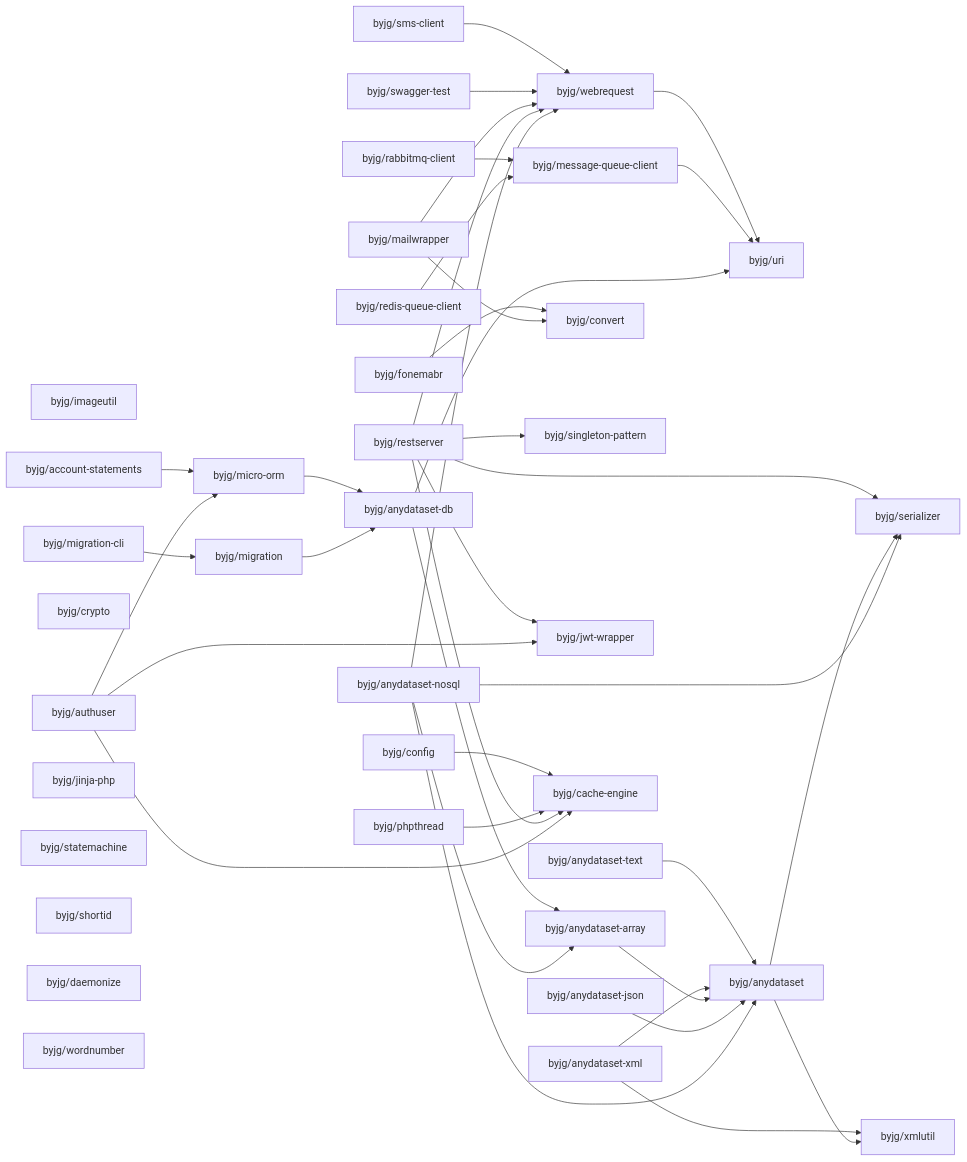
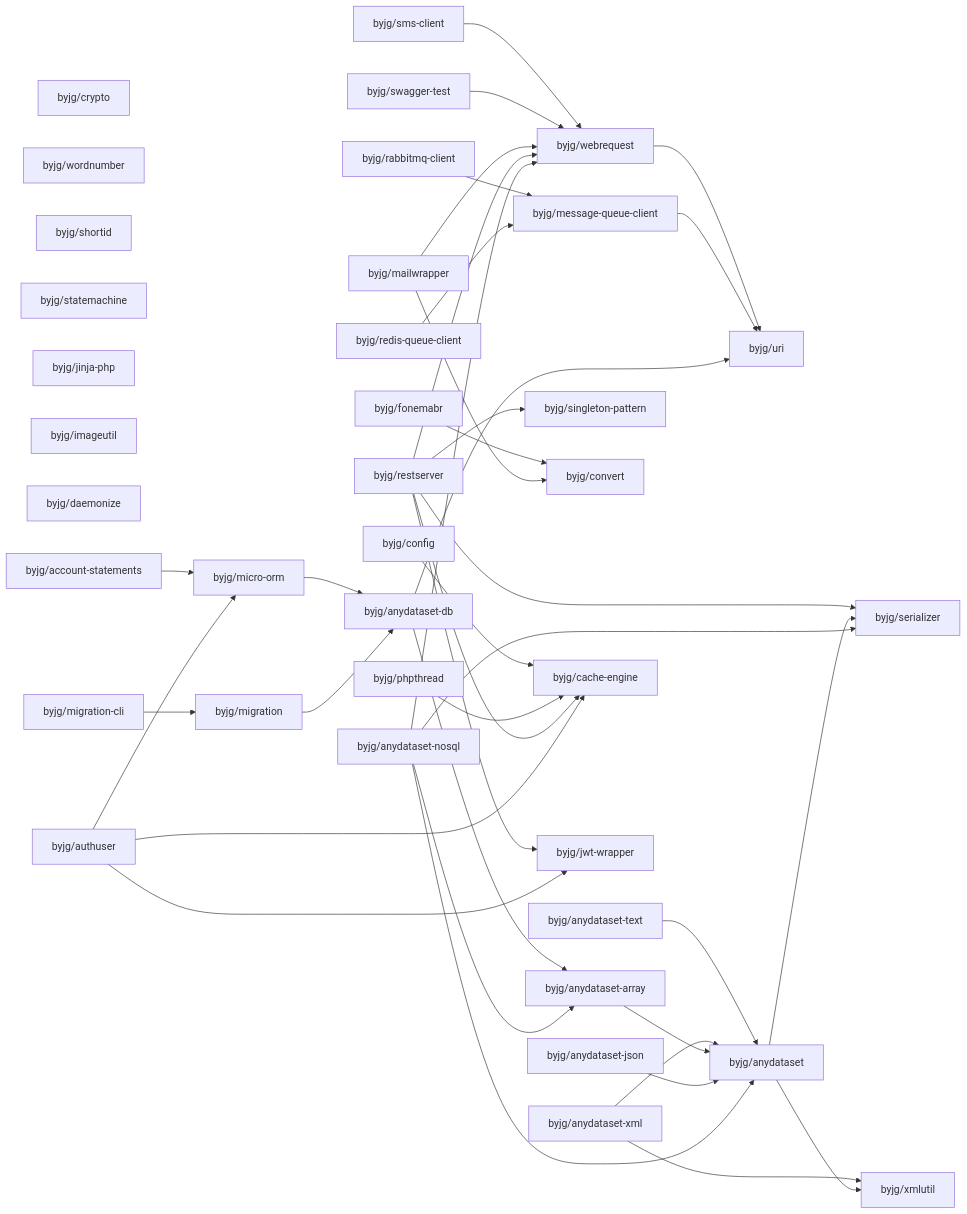
Before and after one commit to byjg/byjg.github.io: the diagram in php/README.md, drawn with Mermaid. The commit also changed other lines of this file and 1 other file, not shown here.

Commit message:
Update documentation 'php' 'php-jinja'

````diff
--- a/php/README.md
+++ b/php/README.md
@@ -3,76 +3,76 @@
 ```mermaid
 graph LR;
+  byjg/restserver;
+  byjg/crypto;
+  byjg/wordnumber;
+  byjg/shortid;
+  byjg/fonemabr;
+  byjg/anydataset-text;
+  byjg/config;
+  byjg/rabbitmq-client;
+  byjg/mailwrapper;
+  byjg/statemachine;
+  byjg/anydataset-json;
+  byjg/phpthread;
+  byjg/anydataset-xml;
+  byjg/anydataset-nosql;
+  byjg/swagger-test;
+  byjg/jinja-php;
   byjg/imageutil;
+  byjg/daemonize;
+  byjg/account-statements;
   byjg/redis-queue-client;
+  byjg/sms-client;
   byjg/migration-cli;
-  byjg/account-statements;
-  byjg/anydataset-nosql;
-  byjg/crypto;
   byjg/authuser;
-  byjg/sms-client;
-  byjg/jinja-php;
-  byjg/phpthread;
-  byjg/statemachine;
-  byjg/shortid;
-  byjg/anydataset-json;
-  byjg/anydataset-text;
-  byjg/mailwrapper;
-  byjg/daemonize;
-  byjg/swagger-test;
-  byjg/wordnumber;
-  byjg/fonemabr;
-  byjg/restserver;
-  byjg/anydataset-xml;
-  byjg/rabbitmq-client;
-  byjg/config;
+  byjg/singleton-pattern;
+  byjg/convert;
+  byjg/message-queue-client;
+  byjg/webrequest;
   byjg/migration;
   byjg/micro-orm;
-  byjg/convert;
-  byjg/singleton-pattern;
-  byjg/webrequest;
+  byjg/cache-engine;
   byjg/jwt-wrapper;
-  byjg/message-queue-client;
-  byjg/cache-engine;
   byjg/anydataset-db;
   byjg/anydataset-array;
   byjg/uri;
   byjg/anydataset;
   byjg/serializer;
   byjg/xmlutil;
   byjg/sms-client --> byjg/webrequest;
   byjg/fonemabr --> byjg/convert;
   byjg/config --> byjg/cache-engine;
   byjg/anydataset-text --> byjg/anydataset;
   byjg/webrequest --> byjg/uri;
   byjg/account-statements --> byjg/micro-orm;
   byjg/rabbitmq-client --> byjg/message-queue-client;
   byjg/micro-orm --> byjg/anydataset-db;
   byjg/phpthread --> byjg/cache-engine;
   byjg/swagger-test --> byjg/webrequest;
   byjg/anydataset-xml --> byjg/anydataset;
   byjg/anydataset-xml --> byjg/xmlutil;
   byjg/anydataset-array --> byjg/anydataset;
   byjg/mailwrapper --> byjg/convert;
   byjg/mailwrapper --> byjg/webrequest;
   byjg/message-queue-client --> byjg/uri;
   byjg/anydataset-db --> byjg/anydataset-array;
   byjg/anydataset-db --> byjg/uri;
   byjg/anydataset-json --> byjg/anydataset;
   byjg/migration --> byjg/anydataset-db;
   byjg/redis-queue-client --> byjg/message-queue-client;
   byjg/restserver --> byjg/serializer;
   byjg/restserver --> byjg/singleton-pattern;
   byjg/restserver --> byjg/cache-engine;
   byjg/restserver --> byjg/webrequest;
   byjg/restserver --> byjg/jwt-wrapper;
   byjg/authuser --> byjg/micro-orm;
   byjg/authuser --> byjg/cache-engine;
   byjg/authuser --> byjg/jwt-wrapper;
   byjg/migration-cli --> byjg/migration;
   byjg/anydataset --> byjg/serializer;
   byjg/anydataset --> byjg/xmlutil;
   byjg/anydataset-nosql --> byjg/anydataset;
   byjg/anydataset-nosql --> byjg/anydataset-array;
   byjg/anydataset-nosql --> byjg/serializer;
   byjg/anydataset-nosql --> byjg/webrequest;
 ```
````
